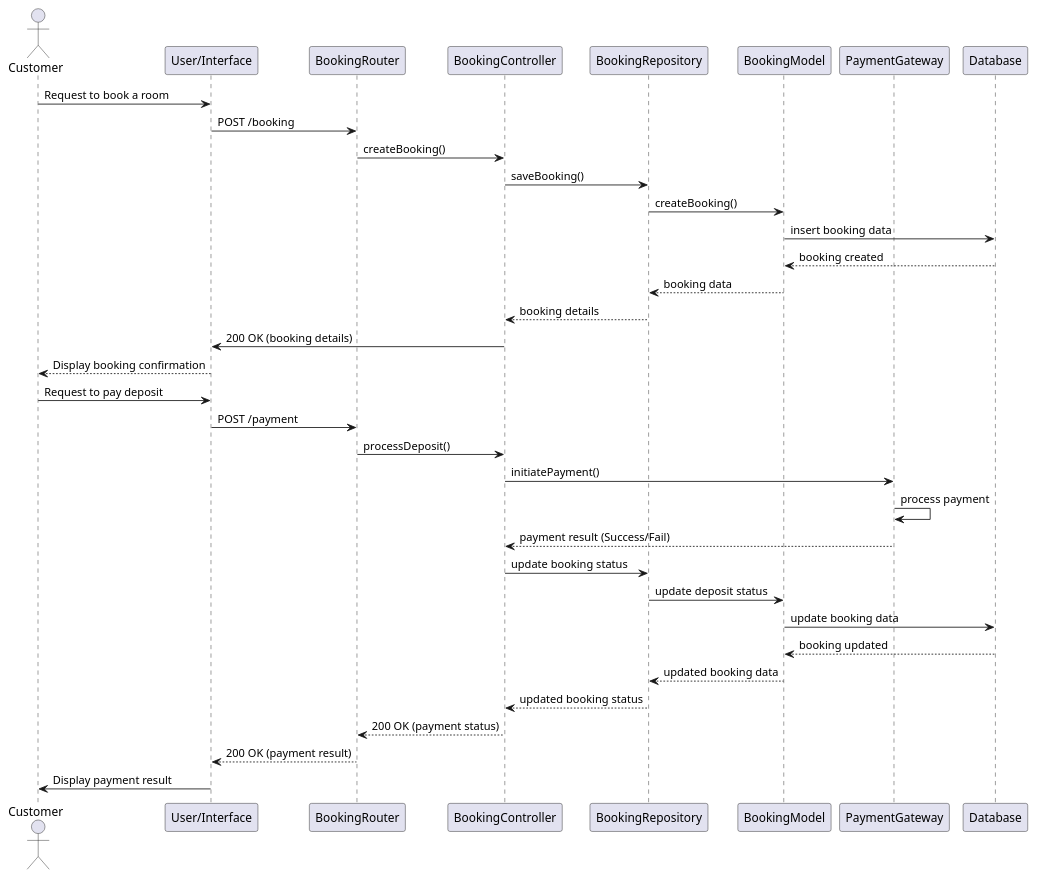
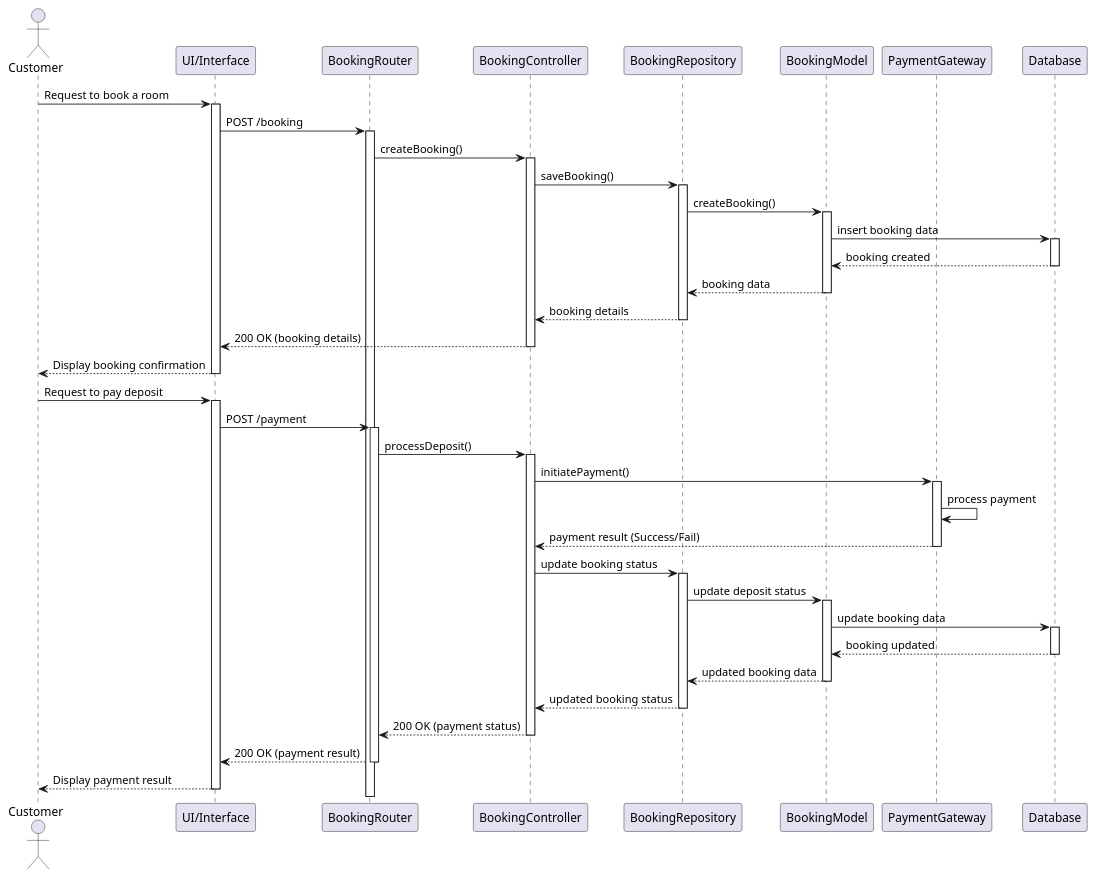
One commit to trongend123/HuongSen changed the diagram in backend/ClassDiagram/Sequence_Customers/Dat_coc.puml. Above: the diagram before and after it, drawn with PlantUML. The commit also changed 162 other files, not shown here.

Commit message:
add sequence

```diff
--- a/backend/ClassDiagram/Sequence_Customers/Dat_coc.puml
+++ b/backend/ClassDiagram/Sequence_Customers/Dat_coc.puml
@@ -1,40 +1,68 @@
 @startuml
 actor Customer
-participant "User/Interface" as UI
+participant "UI/Interface" as UI
 participant "BookingRouter" as Router
 participant "BookingController" as Controller
 participant "BookingRepository" as Repository
 participant "BookingModel" as BookingModel
 participant "PaymentGateway" as PaymentGateway
 participant "Database" as DB
 
 Customer -> UI: Request to book a room
+activate UI
 UI -> Router: POST /booking
+activate Router
 Router -> Controller: createBooking()
+activate Controller
 Controller -> Repository: saveBooking()
+activate Repository
 
 Repository -> BookingModel: createBooking()
+activate BookingModel
 BookingModel -> DB: insert booking data
+activate DB
 DB --> BookingModel: booking created
+deactivate DB
 BookingModel --> Repository: booking data
+deactivate BookingModel
 Repository --> Controller: booking details
-Controller -> UI: 200 OK (booking details)
+deactivate Repository
+
+Controller --> UI: 200 OK (booking details)
+deactivate Controller
 UI --> Customer: Display booking confirmation
+deactivate UI
 
 Customer -> UI: Request to pay deposit
+activate UI
 UI -> Router: POST /payment
+activate Router
 Router -> Controller: processDeposit()
+activate Controller
 Controller -> PaymentGateway: initiatePayment()
+activate PaymentGateway
 
 PaymentGateway -> PaymentGateway: process payment
 PaymentGateway --> Controller: payment result (Success/Fail)
+deactivate PaymentGateway
 Controller -> Repository: update booking status
+activate Repository
+
 Repository -> BookingModel: update deposit status
+activate BookingModel
 BookingModel -> DB: update booking data
+activate DB
 DB --> BookingModel: booking updated
+deactivate DB
 BookingModel --> Repository: updated booking data
+deactivate BookingModel
 Repository --> Controller: updated booking status
+deactivate Repository
+
 Controller --> Router: 200 OK (payment status)
+deactivate Controller
 Router --> UI: 200 OK (payment result)
-UI -> Customer: Display payment result
+deactivate Router
+UI --> Customer: Display payment result
+deactivate UI
 @enduml
```
